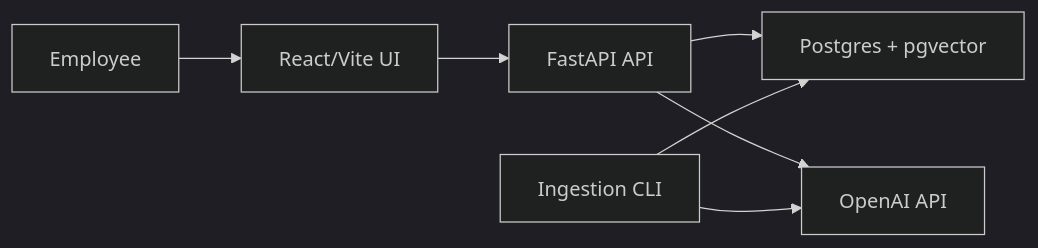
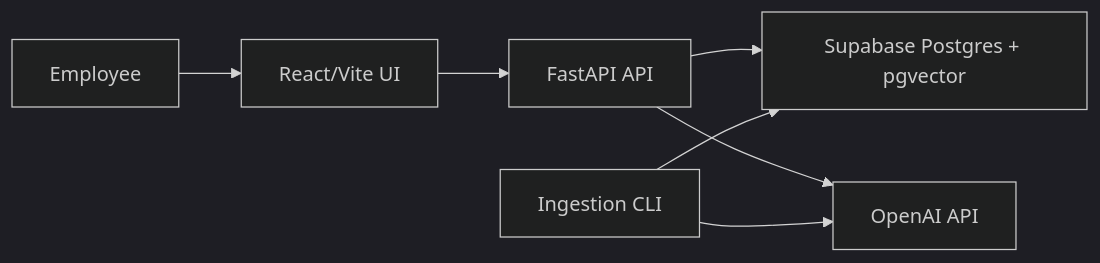
One commit to Shubham00-3/Enterprise-Knowledge-Assistant changed the diagram in README.md. Above: the diagram before and after it, drawn with Mermaid (dark theme). The commit also changed other lines of this file and 4 other files, not shown here.

````diff
--- a/README.md
+++ b/README.md
@@ -13,9 +13,9 @@
 ```mermaid
 flowchart LR
   User["Employee"] --> UI["React/Vite UI"]
   UI --> API["FastAPI API"]
-  API --> DB["Postgres + pgvector"]
+  API --> DB["Supabase Postgres + pgvector"]
   API --> OAI["OpenAI API"]
   CLI["Ingestion CLI"] --> DB
   CLI --> OAI
 ```
````
